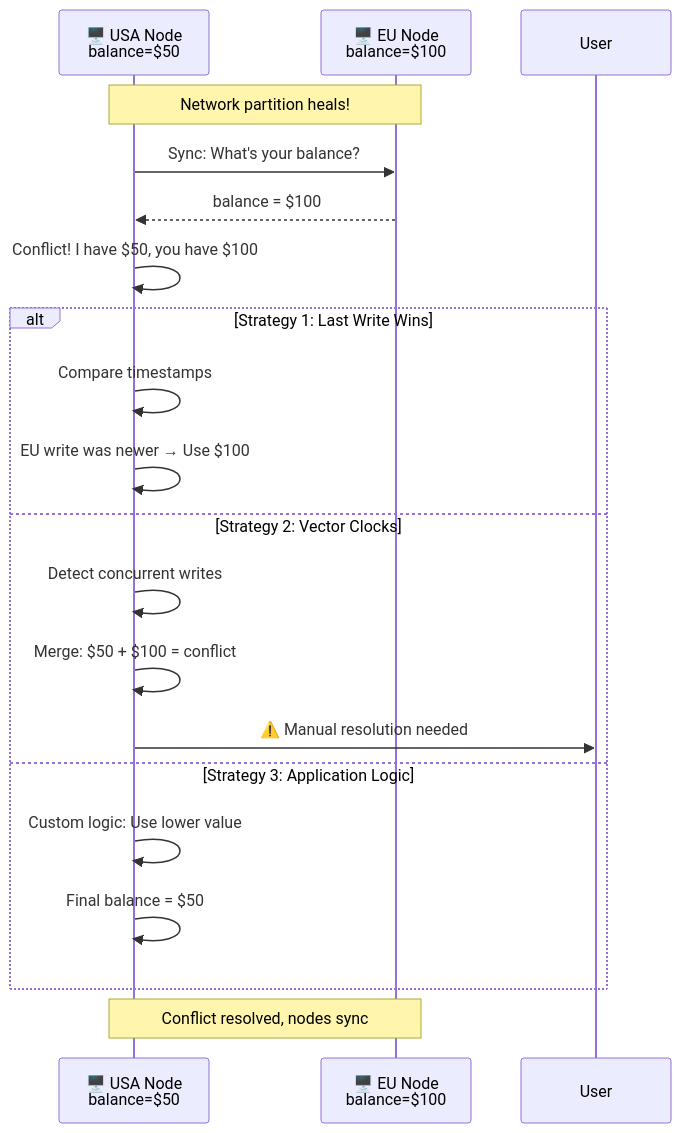
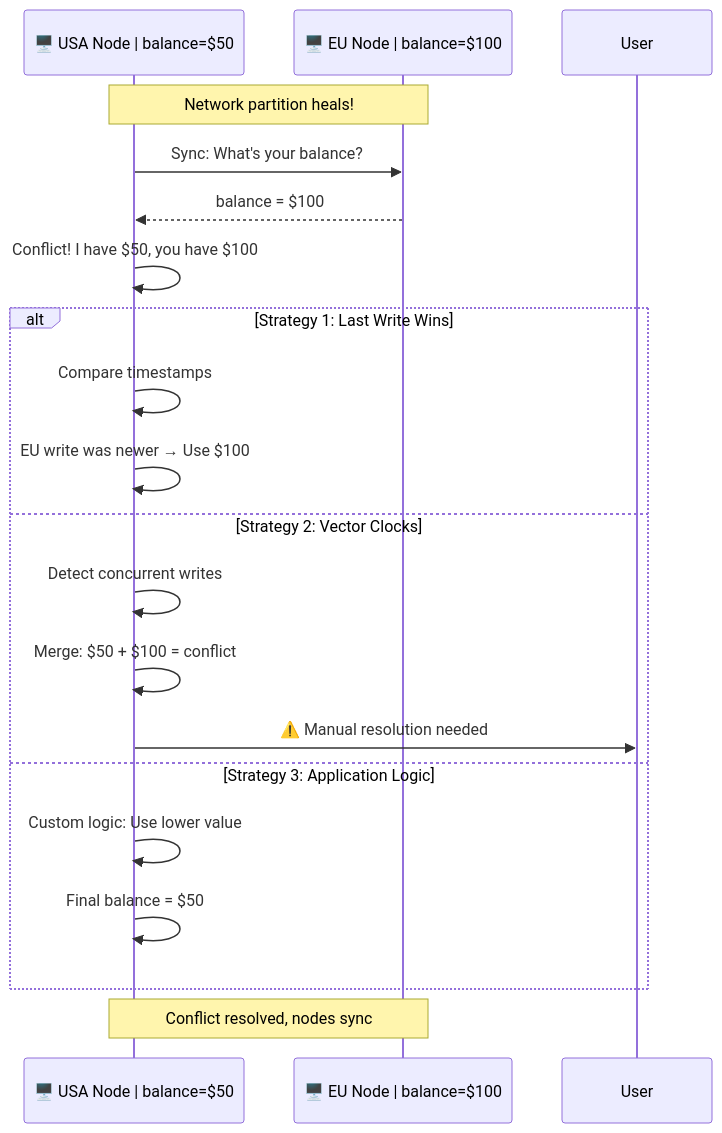
Diagram 17 of 18 in HLD/foundation/08_cap-theorem.md (p1kmr/for-reading), drawn with Mermaid before and after one commit. The commit also changed other lines of this file and 14 other files, not shown here.

Commit message:
Fix Mermaid diagram syntax: Replace <br/> with <br> for GitHub compatibility

````diff
--- a/HLD/foundation/08_cap-theorem.md
+++ b/HLD/foundation/08_cap-theorem.md
@@ -838,26 +838,26 @@
 ```mermaid
 sequenceDiagram
-    participant USA as 🖥️ USA Node<br/>balance=$50
-    participant EU as 🖥️ EU Node<br/>balance=$100
+    participant USA as 🖥️ USA Node | balance=$50
+    participant EU as 🖥️ EU Node | balance=$100
 
     Note over USA,EU: Network partition heals!
 
     USA->>EU: Sync: What's your balance?
     EU-->>USA: balance = $100
 
     USA->>USA: Conflict! I have $50, you have $100
 
     alt Strategy 1: Last Write Wins
         USA->>USA: Compare timestamps
         USA->>USA: EU write was newer → Use $100
     else Strategy 2: Vector Clocks
         USA->>USA: Detect concurrent writes
         USA->>USA: Merge: $50 + $100 = conflict
         USA->>User: ⚠️ Manual resolution needed
     else Strategy 3: Application Logic
         USA->>USA: Custom logic: Use lower value
         USA->>USA: Final balance = $50
     end
 
     Note over USA,EU: Conflict resolved, nodes sync
 ```
````
